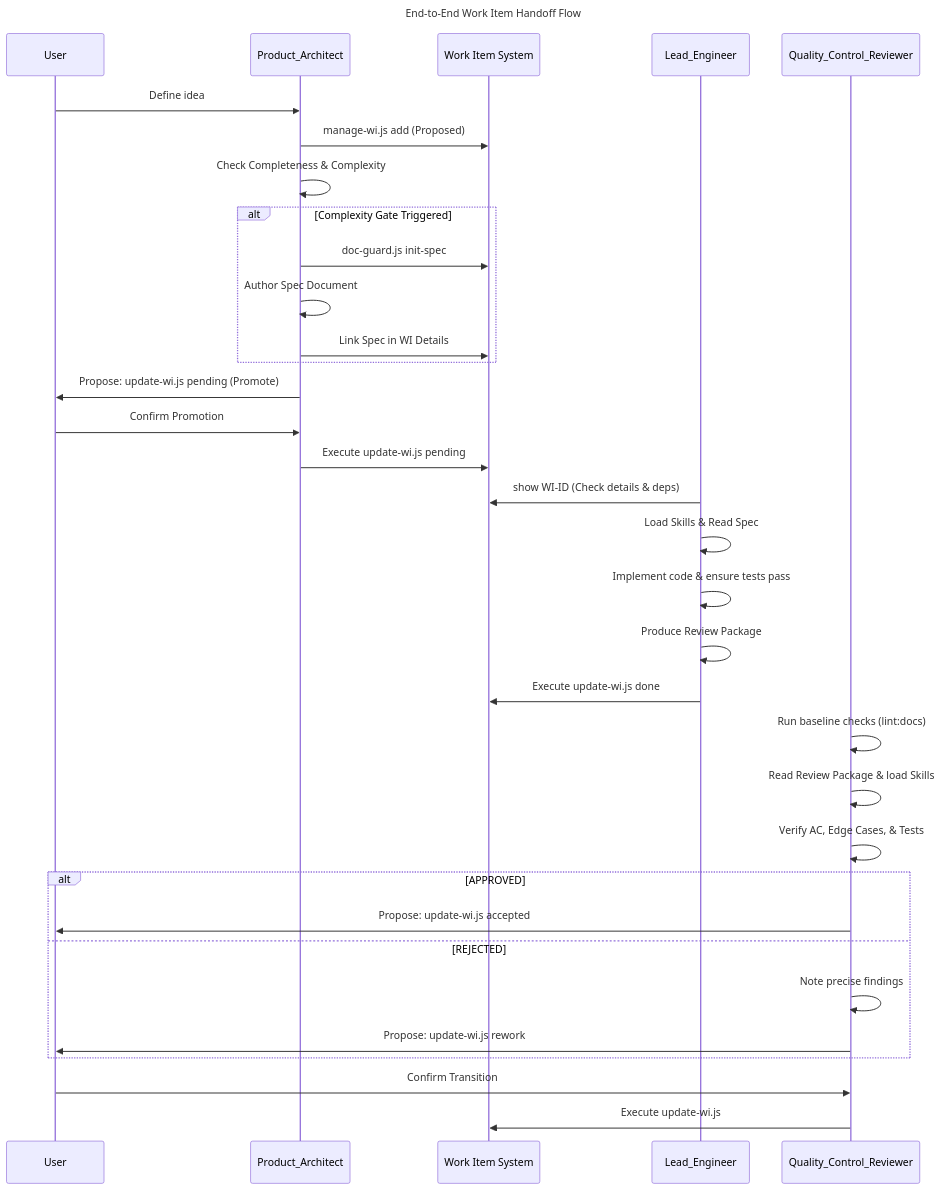
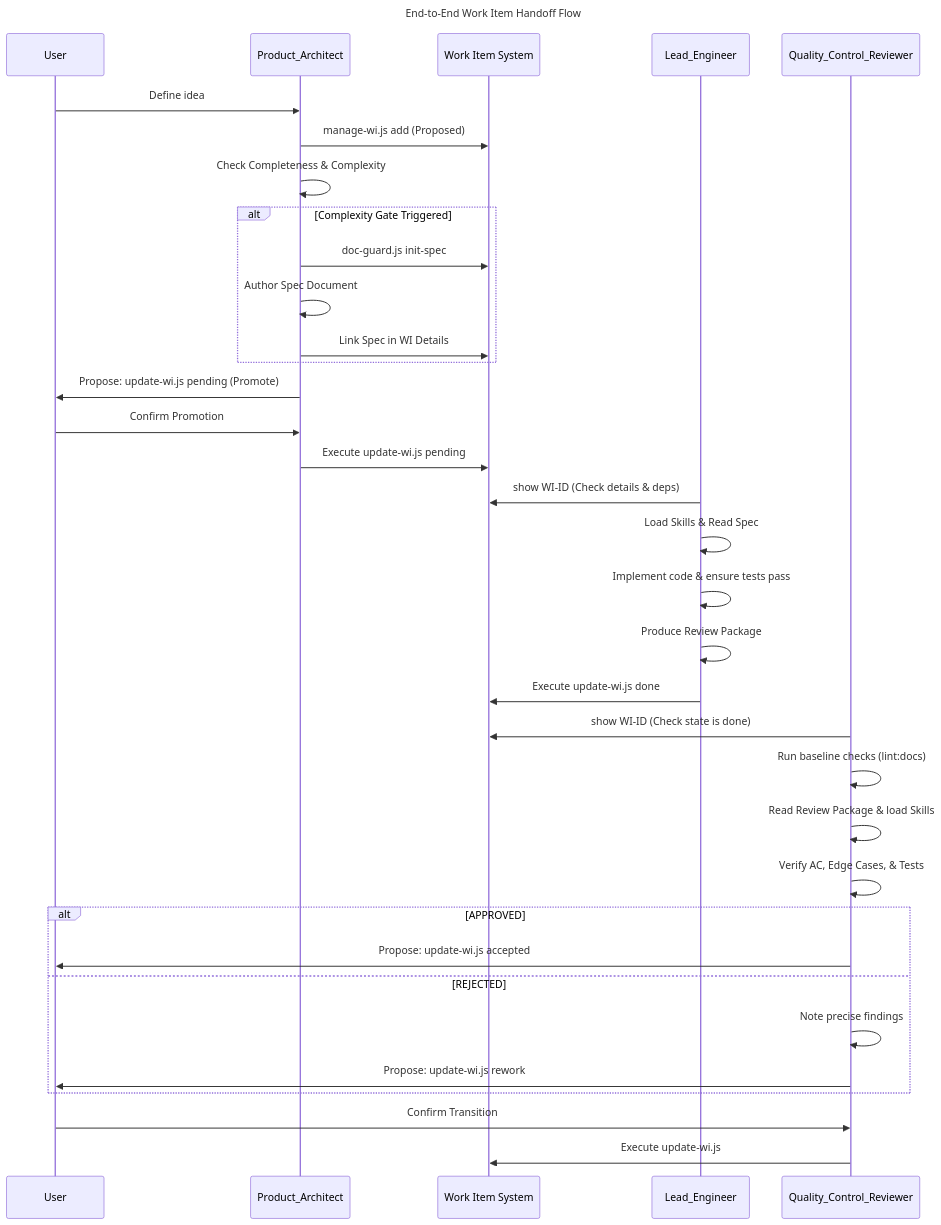
One commit to tangpo387-arch/taro-debugger changed the second of 2 diagrams in docs/project-management.md. Above: the diagram before and after it, drawn with Mermaid. The commit also changed other lines of this file and 1 other file, not shown here.

````diff
--- a/docs/project-management.md
+++ b/docs/project-management.md
@@ -160,49 +175,50 @@
 ```mermaid
 ---
 title: End-to-End Work Item Handoff Flow
 ---
 sequenceDiagram
     participant User
     participant PA as Product_Architect
     participant SYS as Work Item System
     participant LE as Lead_Engineer
     participant QCR as Quality_Control_Reviewer
 
     %% Phase 1: Scoping & Promotion (PA)
     User->>PA: Define idea
     PA->>SYS: manage-wi.js add (Proposed)
     PA->>PA: Check Completeness & Complexity
     
     alt Complexity Gate Triggered
         PA->>SYS: doc-guard.js init-spec
         PA->>PA: Author Spec Document
         PA->>SYS: Link Spec in WI Details
     end
     
     PA->>User: Propose: update-wi.js pending (Promote)
     User->>PA: Confirm Promotion
     PA->>SYS: Execute update-wi.js pending
     
     %% Phase 2: Implementation (LE)
     LE->>SYS: show WI-ID (Check details & deps)
     LE->>LE: Load Skills & Read Spec
     LE->>LE: Implement code & ensure tests pass
     
     %% Phase 3: QCR Submittal & Review
     LE->>LE: Produce Review Package
     LE->>SYS: Execute update-wi.js done
     
+    QCR->>SYS: show WI-ID (Check state is done)
     QCR->>QCR: Run baseline checks (lint:docs)
     QCR->>QCR: Read Review Package & load Skills
     QCR->>QCR: Verify AC, Edge Cases, & Tests
     
     alt APPROVED
         QCR->>User: Propose: update-wi.js accepted
     else REJECTED
         QCR->>QCR: Note precise findings
         QCR->>User: Propose: update-wi.js rework
     end
     
     User->>QCR: Confirm Transition
     QCR->>SYS: Execute update-wi.js
 ```
````
